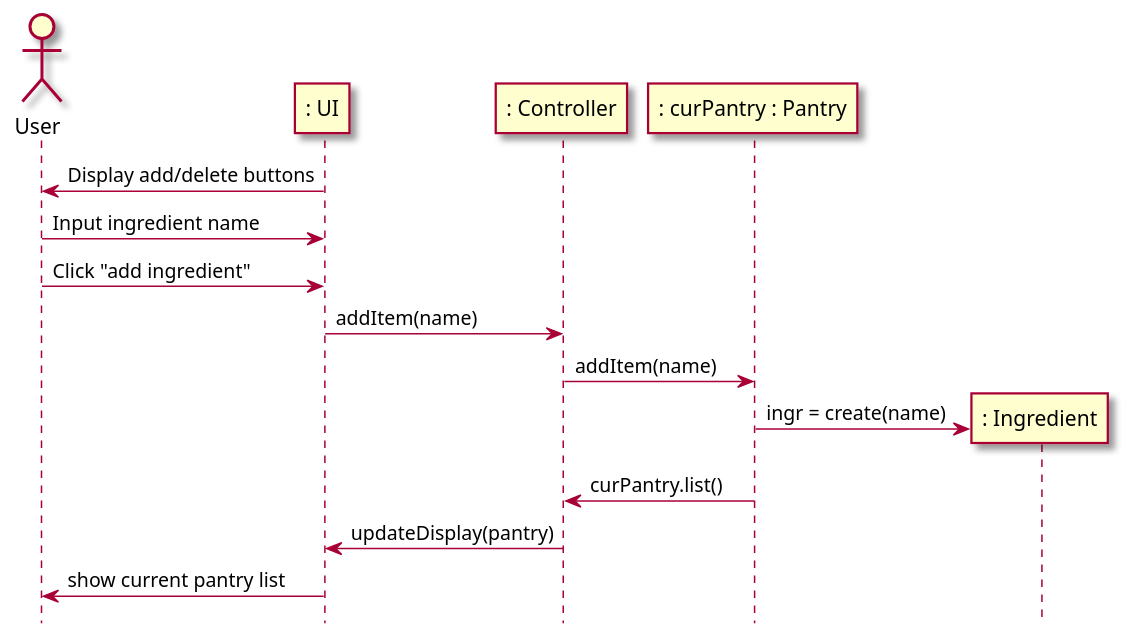
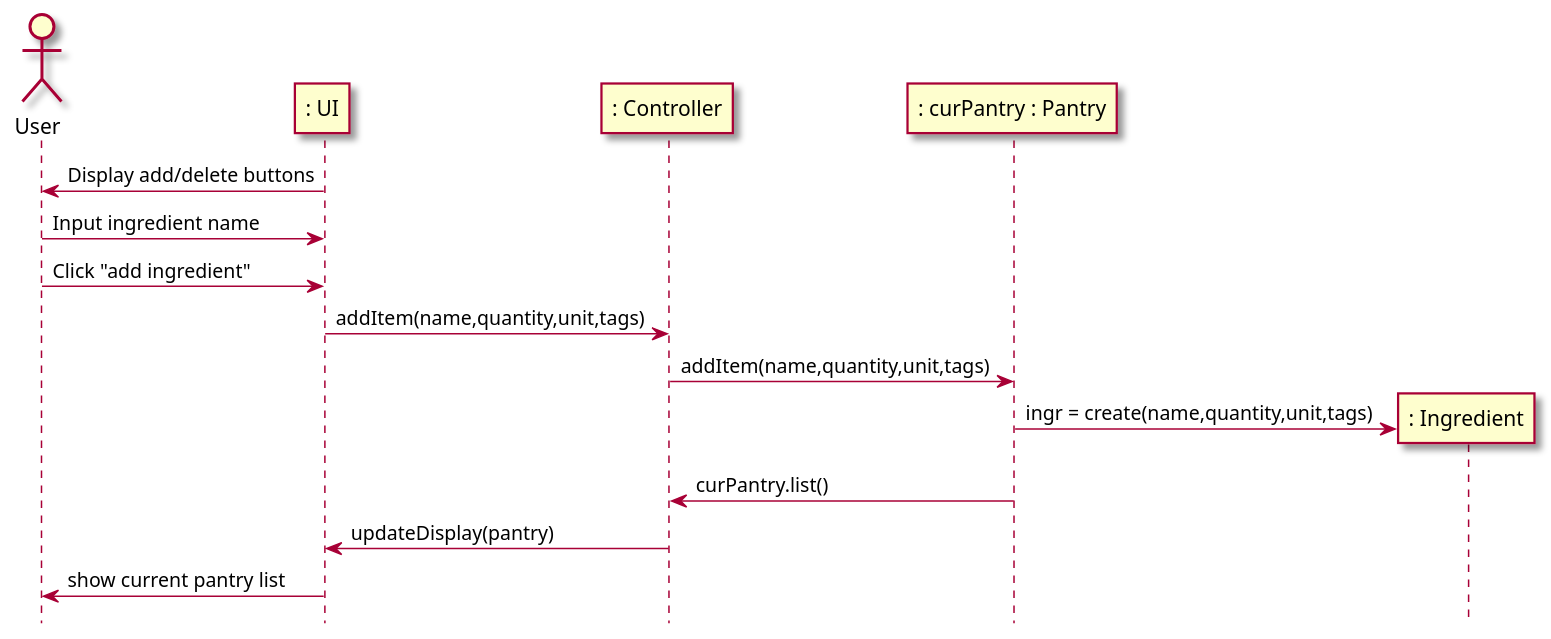
Before and after one commit to berthashipper/Pantry-Pal-Android-Application: the fifth of 8 diagrams in intellij/doc/use-cases/manage_pantry.md, drawn with PlantUML. The commit also changed other lines of this file and 3 other files, not shown here.

`````diff
--- a/intellij/doc/use-cases/manage_pantry.md
+++ b/intellij/doc/use-cases/manage_pantry.md
@@ -154,24 +154,24 @@
 ```plantuml
 @startuml
 skin rose
 
 hide footbox
 
 actor User as user
 participant ": UI" as ui
 participant ": Controller"  as cont
 participant ": curPantry : Pantry" as pantry
 participant ": Ingredient" as ingr
 
 ui -> user : Display add/delete buttons
 user -> ui : Input ingredient name
 user -> ui : Click "add ingredient"
-ui -> cont : addItem(name)
-cont -> pantry : addItem(name)
-pantry -> ingr **: ingr = create(name)
+ui -> cont : addItem(name,quantity,unit,tags)
+cont -> pantry : addItem(name,quantity,unit,tags)
+pantry -> ingr **: ingr = create(name,quantity,unit,tags)
 pantry -> cont : curPantry.list()
 cont -> ui : updateDisplay(pantry)
 ui -> user : show current pantry list
 
 @enduml
 ````
`````
